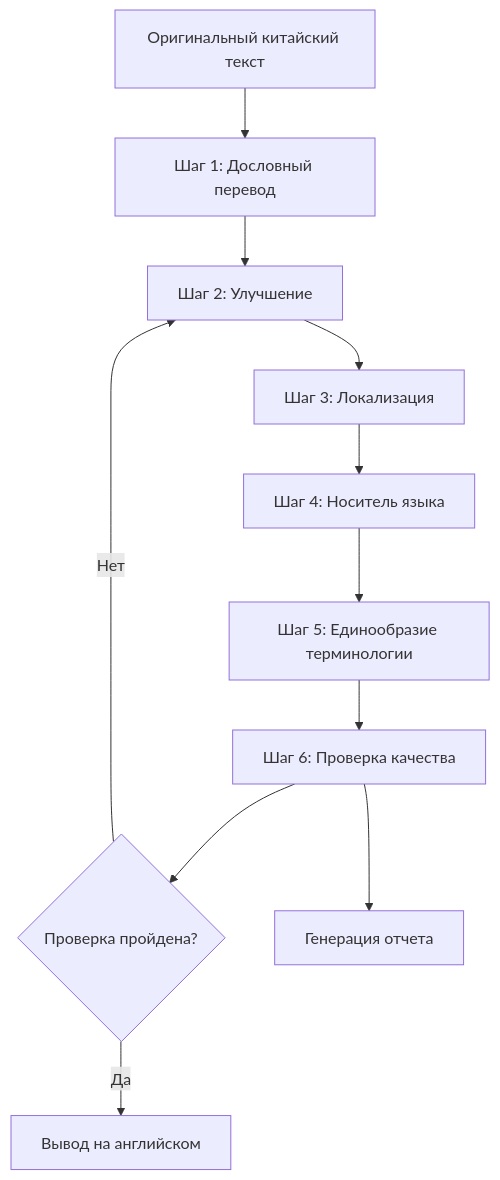
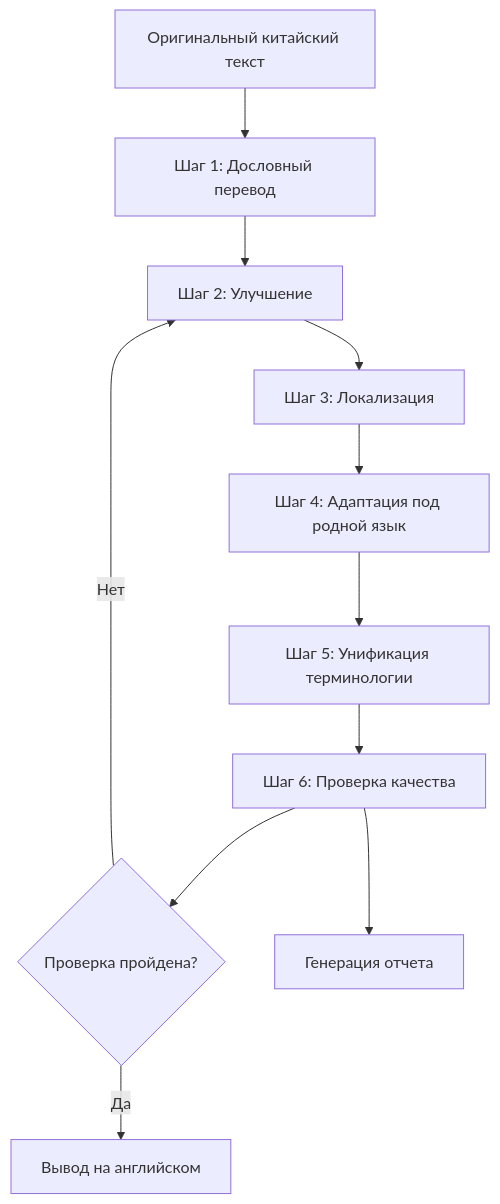
One commit to jakerdy/novel-writer-ru changed the diagram in docs/translate-plugin-prd.md. Above: the diagram before and after it, drawn with Mermaid. The commit also changed other lines of this file and 397 other files, not shown here.

````diff
--- a/docs/translate-plugin-prd.md
+++ b/docs/translate-plugin-prd.md
@@ -47,13 +47,13 @@
 ```mermaid
 graph TD
     A[Оригинальный китайский текст] --> B[Шаг 1: Дословный перевод]
     B --> C[Шаг 2: Улучшение]
     C --> D[Шаг 3: Локализация]
-    D --> E[Шаг 4: Носитель языка]
-    E --> F[Шаг 5: Единообразие терминологии]
+    D --> E[Шаг 4: Адаптация под родной язык]
+    E --> F[Шаг 5: Унификация терминологии]
     F --> G[Шаг 6: Проверка качества]
     G --> H{Проверка пройдена?}
     H -->|Да| I[Вывод на английском]
     H -->|Нет| C
     G --> J[Генерация отчета]
 ```
````
